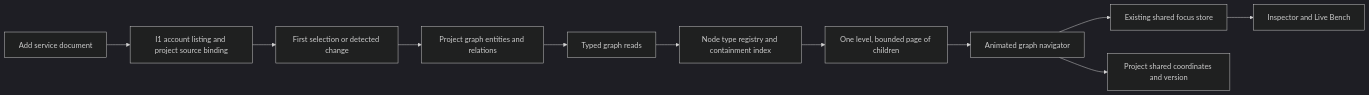
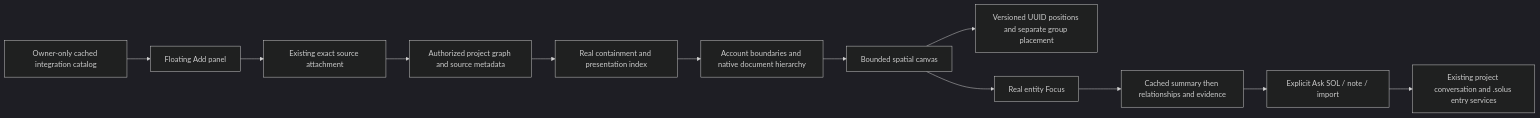
One commit to mehdihdev/Solus changed the diagram in docs/architecture/workspace-navigation.md. Above: the diagram before and after it, drawn with Mermaid (dark theme). The commit also changed other lines of this file and 696 other files, not shown here.

Commit message:
SOLUSDEV-260: 250-252, robot onboarding + graph + sol initial

````diff
--- a/docs/architecture/workspace-navigation.md
+++ b/docs/architecture/workspace-navigation.md
@@ -10,13 +12,14 @@
 ```mermaid
 flowchart LR
-  DB[Project graph entities and relations] --> Read[Typed graph reads]
-  Read --> Index[Node type registry and containment index]
-  Index --> Level[One level, bounded page of children]
-  Level --> Canvas[Animated graph navigator]
-  Canvas --> Focus[Existing shared focus store]
-  Focus --> Widgets[Inspector and Live Bench]
-  Canvas --> Layout[Project shared coordinates and version]
-  Add[Add service document] --> I1[I1 account listing and project source binding]
-  I1 --> Sync[First selection or detected change]
-  Sync --> DB
+  Graph[Authorized project graph and source metadata] --> Index[Real containment and presentation index]
+  Accounts[Owner-only cached integration catalog] --> Add[Floating Add panel]
+  Add --> Attach[Existing exact source attachment]
+  Attach --> Graph
+  Index --> Groups[Account boundaries and native document hierarchy]
+  Groups --> Canvas[Bounded spatial canvas]
+  Canvas --> Layout[Versioned UUID positions and separate group placement]
+  Canvas --> Focus[Real entity Focus]
+  Focus --> Inspector[Cached summary then relationships and evidence]
+  Inspector --> Action[Explicit Ask SOL / note / import]
+  Action --> Existing[Existing project conversation and .solus entry services]
 ```
````
